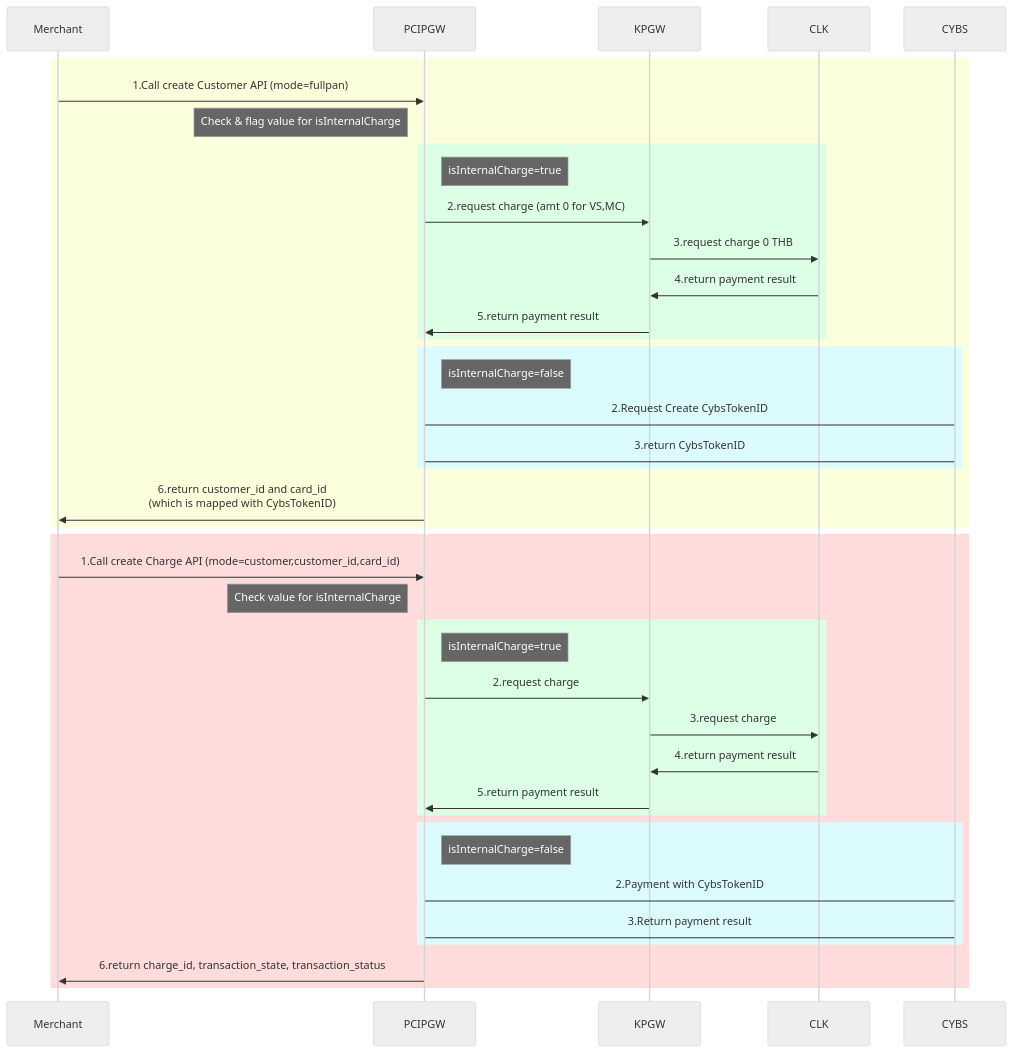
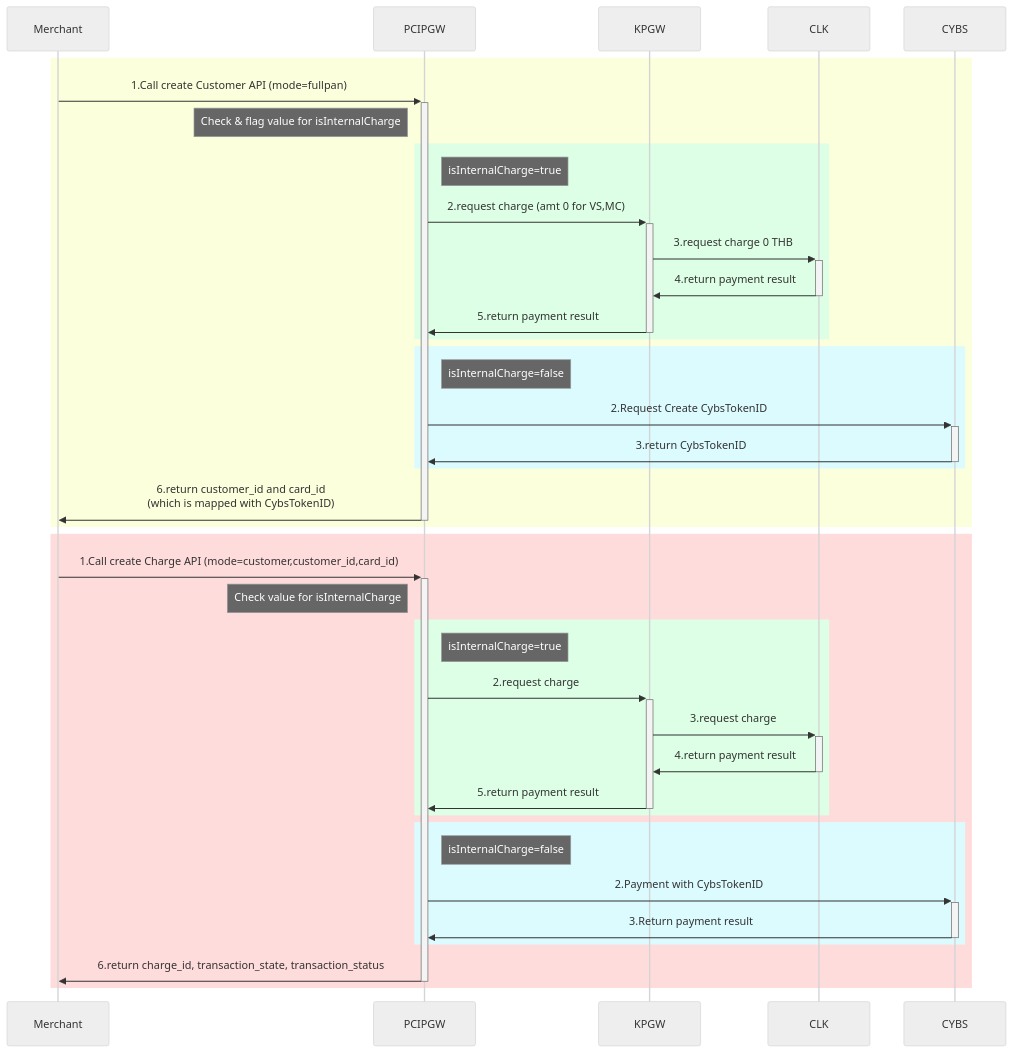
Before and after one commit to yuusuke25/MyNotes: the sixth of 6 diagrams in Cybs-Ph2-Flow1.md, drawn with Mermaid (neutral theme). The commit also changed other lines of this file, not shown here.

````diff
--- a/Cybs-Ph2-Flow1.md
+++ b/Cybs-Ph2-Flow1.md
@@ -197,38 +197,38 @@
 ```mermaid
     sequenceDiagram
         rect rgb(252, 255, 220)
-            Merchant->>PCIPGW:1.Call create Customer API (mode=fullpan)
+            Merchant->>+PCIPGW:1.Call create Customer API (mode=fullpan)
             Note left of PCIPGW: Check & flag value for isInternalCharge
             rect rgb(220, 255, 229)
                 Note right of PCIPGW: isInternalCharge=true
-                PCIPGW->>KPGW:2.request charge (amt 0 for VS,MC)
-                KPGW->>CLK:3.request charge 0 THB
-                CLK->>KPGW:4.return payment result
-                KPGW->>PCIPGW:5.return payment result
+                PCIPGW->>+KPGW:2.request charge (amt 0 for VS,MC)
+                KPGW->>+CLK:3.request charge 0 THB
+                CLK->>-KPGW:4.return payment result
+                KPGW->>-PCIPGW:5.return payment result
             end
             rect rgb(220, 251, 255)
                 Note right of PCIPGW: isInternalCharge=false
-                PCIPGW->CYBS:2.Request Create CybsTokenID
-                CYBS->PCIPGW:3.return CybsTokenID
+                PCIPGW->>+CYBS:2.Request Create CybsTokenID
+                CYBS->>-PCIPGW:3.return CybsTokenID
             end
-            PCIPGW->>Merchant:6.return customer_id and card_id<br>(which is mapped with CybsTokenID)
+            PCIPGW->>-Merchant:6.return customer_id and card_id<br>(which is mapped with CybsTokenID)
         end
         
         rect rgb(255, 220, 220)
-            Merchant->>PCIPGW:1.Call create Charge API (mode=customer,customer_id,card_id)
+            Merchant->>+PCIPGW:1.Call create Charge API (mode=customer,customer_id,card_id)
             Note left of PCIPGW: Check value for isInternalCharge
             rect rgb(220, 255, 229)
                 Note right of PCIPGW: isInternalCharge=true
-                PCIPGW->>KPGW:2.request charge
-                KPGW->>CLK:3.request charge
-                CLK->>KPGW:4.return payment result
-                KPGW->>PCIPGW:5.return payment result
+                PCIPGW->>+KPGW:2.request charge
+                KPGW->>+CLK:3.request charge
+                CLK->>-KPGW:4.return payment result
+                KPGW->>-PCIPGW:5.return payment result
             end
             rect rgb(220, 251, 255)
                 Note right of PCIPGW: isInternalCharge=false
-                PCIPGW->CYBS:2.Payment with CybsTokenID
-                CYBS->PCIPGW:3.Return payment result
+                PCIPGW->>+CYBS:2.Payment with CybsTokenID
+                CYBS->>-PCIPGW:3.Return payment result
             end
-            PCIPGW->>Merchant:6.return charge_id, transaction_state, transaction_status
+            PCIPGW->>-Merchant:6.return charge_id, transaction_state, transaction_status
         end
 ```
````
